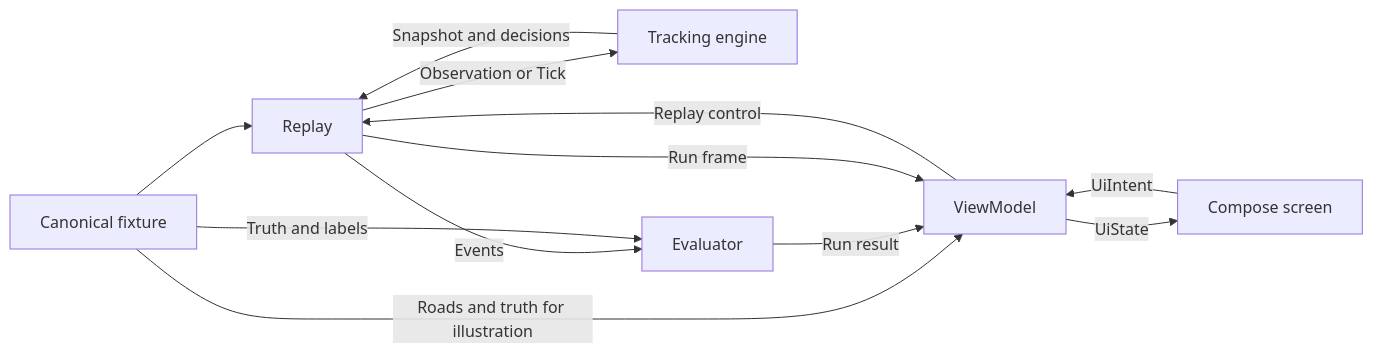
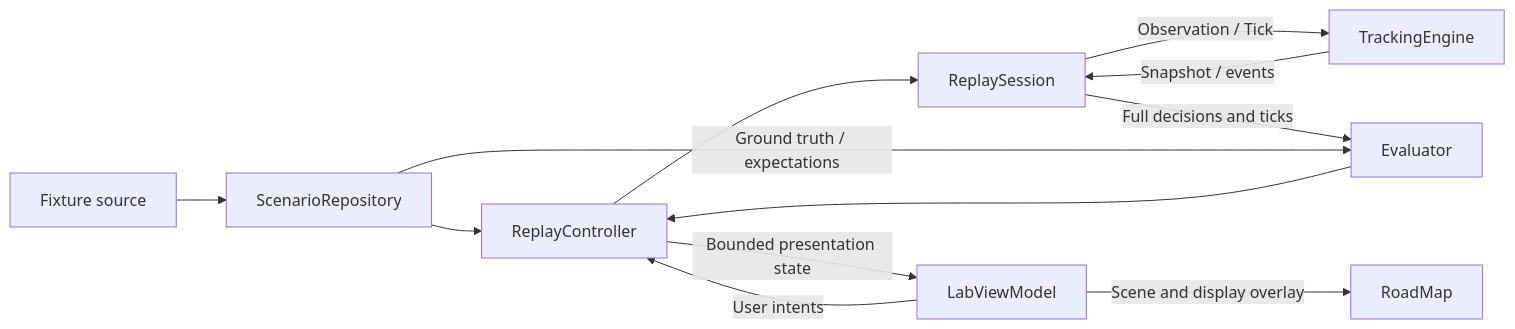
The second of 2 diagrams in docs/architecture.md (CodingBot000/AndroidLocaltionRecovery), drawn with Mermaid before and after one commit. The commit also changed other lines of this file and 26 other files, not shown here.

````diff
--- a/docs/architecture.md
+++ b/docs/architecture.md
@@ -3,14 +20,14 @@
 ```mermaid
 flowchart LR
-    Fixture[Canonical fixture] --> Replay
-    Replay -->|Observation or Tick| Engine[Tracking engine]
-    Engine -->|Snapshot and decisions| Replay
-    Replay -->|Events| Evaluator
-    Fixture -->|Truth and labels| Evaluator
-    Fixture -->|Roads and truth for illustration| ViewModel
-    Evaluator -->|Run result| ViewModel
-    Replay -->|Run frame| ViewModel
-    View -->|UiIntent| ViewModel
-    ViewModel -->|UiState| View[Compose screen]
-    ViewModel -->|Replay control| Replay
+    D[Fixture source] --> R[ScenarioRepository]
+    R --> C[ReplayController]
+    C --> S[ReplaySession]
+    S -->|Observation / Tick| E[TrackingEngine]
+    E -->|Snapshot / events| S
+    S -->|Full decisions and ticks| V[Evaluator]
+    R -->|Ground truth / expectations| V
+    V --> C
+    C -->|Bounded presentation state| F[LabViewModel]
+    F -->|Scene and display overlay| U[RoadMap]
+    F -->|User intents| C
 ```
````
